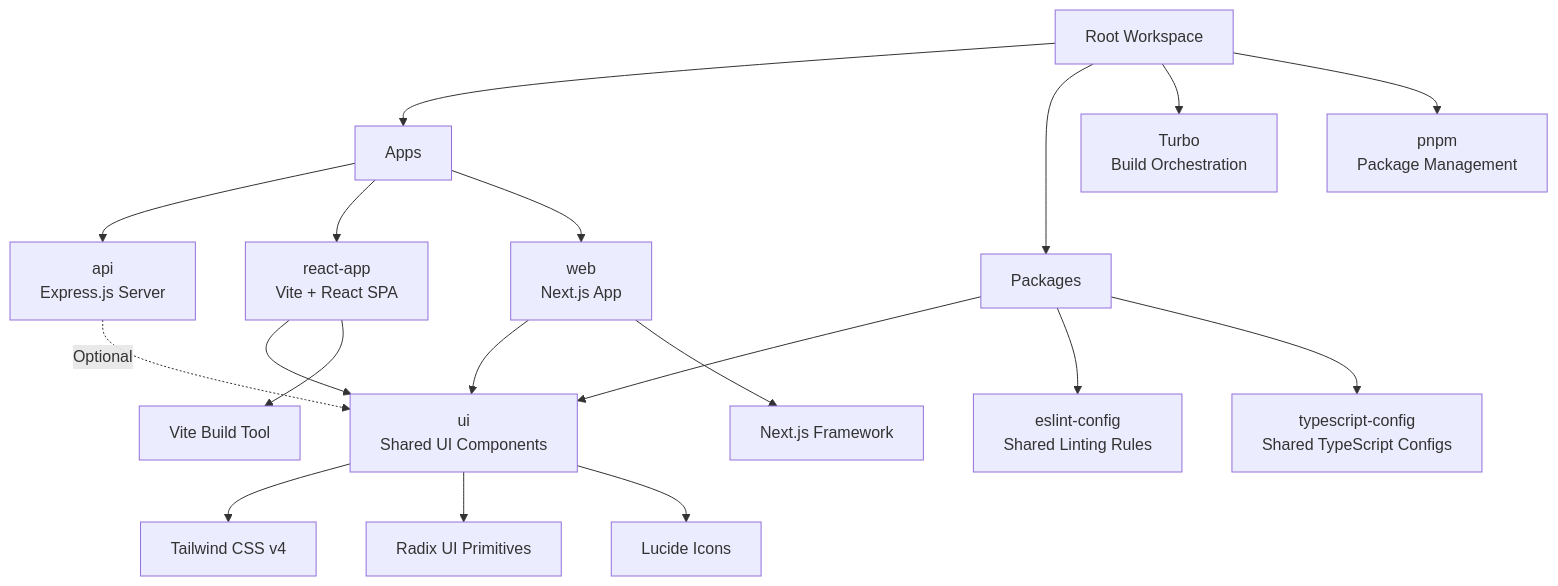
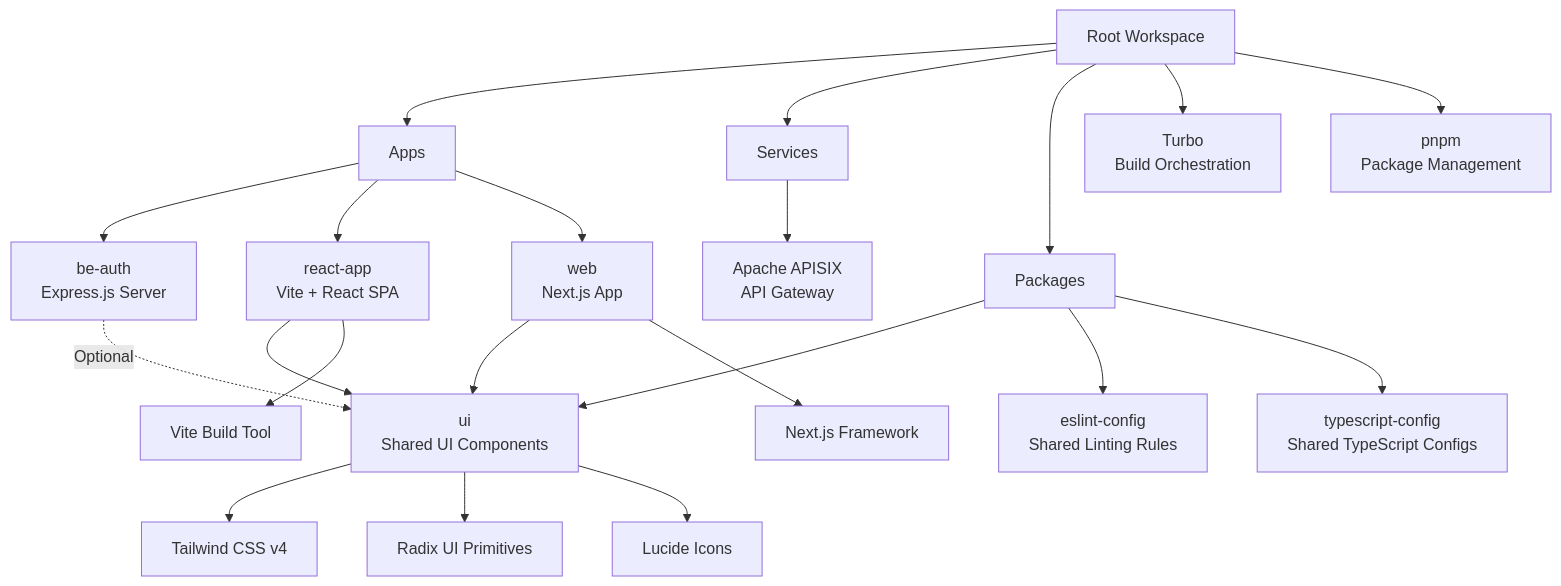
Before and after one commit to ahamedzoha/shonchoy: the diagram in docs/repository_architecture.md, drawn with Mermaid. The commit also changed other lines of this file and 6 other files, not shown here.

````diff
--- a/docs/repository_architecture.md
+++ b/docs/repository_architecture.md
@@ -15,26 +16,28 @@
 ```mermaid
 graph TD
     A[Root Workspace] --> B[Apps]
+    A --> G[Services]
     A --> C[Packages]
 
-    B --> D[api<br/>Express.js Server]
+    B --> D[be-auth<br/>Express.js Server]
     B --> E[react-app<br/>Vite + React SPA]
     B --> F[web<br/>Next.js App]
 
     C --> H[ui<br/>Shared UI Components]
     C --> I[eslint-config<br/>Shared Linting Rules]
     C --> J[typescript-config<br/>Shared TypeScript Configs]
 
     E --> H
     F --> H
+    G --> R[Apache APISIX<br/>API Gateway]
     D -.->|Optional| H
     H --> K[Tailwind CSS v4]
     H --> L[Radix UI Primitives]
     H --> M[Lucide Icons]
 
     F --> N[Next.js Framework]
     E --> O[Vite Build Tool]
 
     A --> P[Turbo<br/>Build Orchestration]
     A --> Q[pnpm<br/>Package Management]
 ```
````
